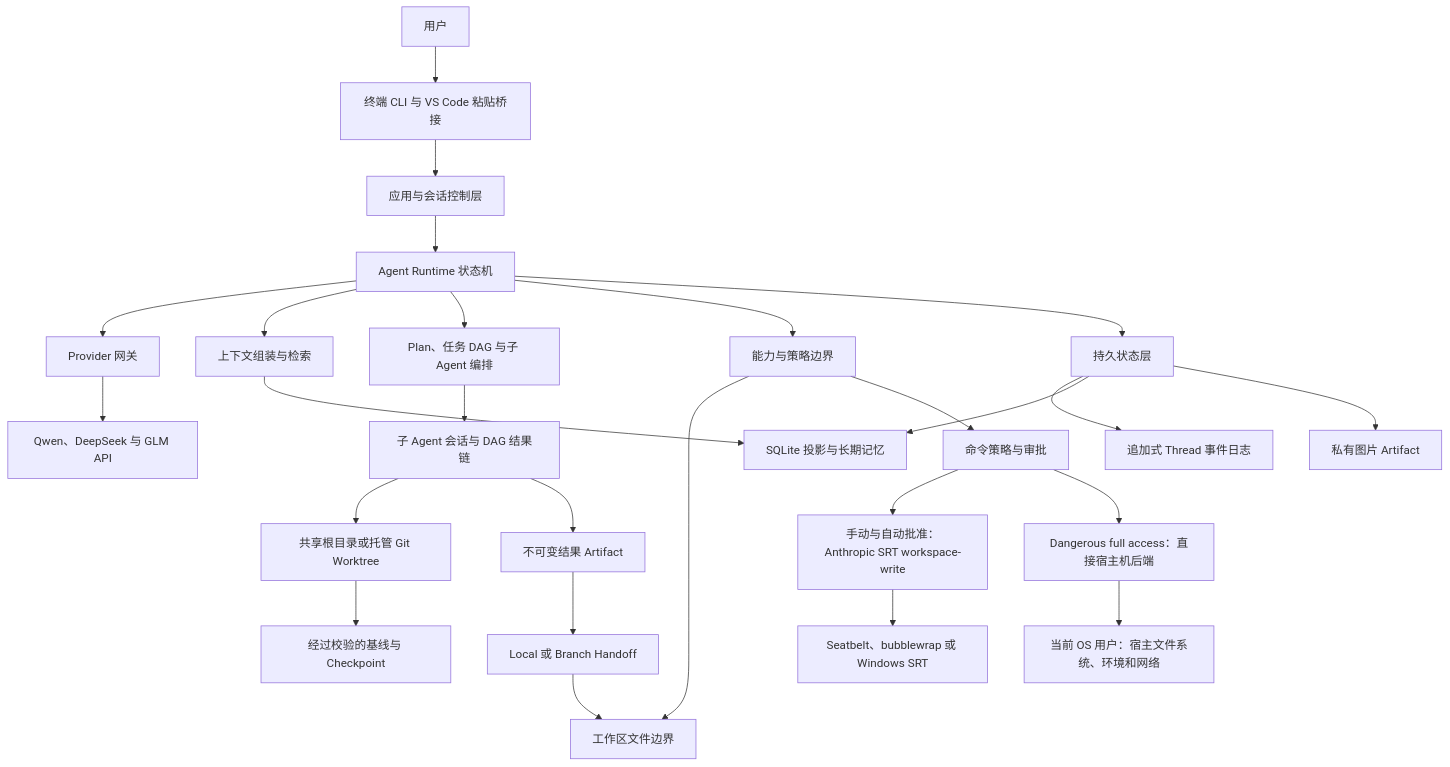
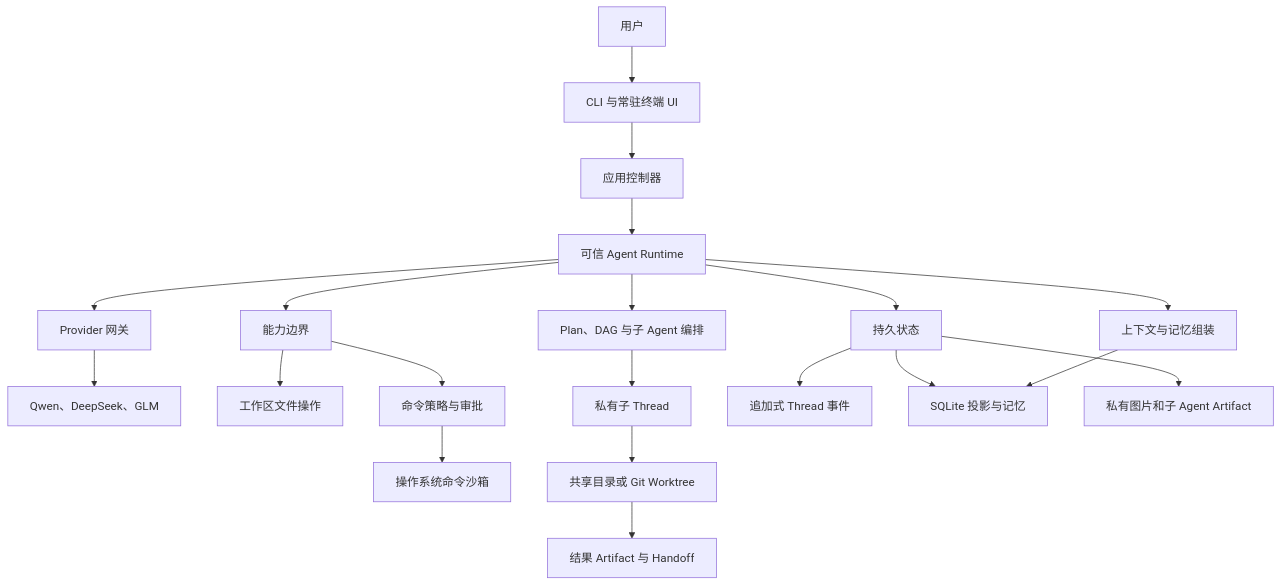
One commit to dd1000001000/EASY_CODE changed the diagram in docs/TECHNICAL_DESIGN_ZH.md. Above: the diagram before and after it, drawn with Mermaid. The commit also changed other lines of this file and 164 other files, not shown here.

````diff
--- a/docs/TECHNICAL_DESIGN_ZH.md
+++ b/docs/TECHNICAL_DESIGN_ZH.md
@@ -28,31 +49,25 @@
 ```mermaid
 flowchart TB
-    User[用户] --> UI[终端 CLI 与 VS Code 粘贴桥接]
-    UI --> App[应用与会话控制层]
-    App --> Runtime[Agent Runtime 状态机]
+    User[用户] --> UI[CLI 与常驻终端 UI]
+    UI --> App[应用控制器]
+    App --> Runtime[可信 Agent Runtime]
 
+    Runtime --> Context[上下文与记忆组装]
     Runtime --> Provider[Provider 网关]
-    Runtime --> Context[上下文组装与检索]
-    Runtime --> Orchestration[Plan、任务 DAG 与子 Agent 编排]
-    Runtime --> Capabilities[能力与策略边界]
+    Runtime --> Tools[能力边界]
+    Runtime --> Orchestration[Plan、DAG 与子 Agent 编排]
+    Runtime --> State[持久状态]
 
-    Provider --> APIs[Qwen、DeepSeek 与 GLM API]
-    Capabilities --> Workspace[工作区文件边界]
-    Capabilities --> Commands[命令策略与审批]
-    Commands --> Sandbox[手动与自动批准：Anthropic SRT workspace-write]
-    Sandbox --> OS[Seatbelt、bubblewrap 或 Windows SRT]
-    Commands --> Host[Dangerous full access：直接宿主机后端]
-    Host --> HostOS[当前 OS 用户：宿主文件系统、环境和网络]
-    Orchestration --> Children[子 Agent 会话与 DAG 结果链]
-    Children --> Environments[共享根目录或托管 Git Worktree]
-    Environments --> Snapshots[经过校验的基线与 Checkpoint]
-    Children --> Results[不可变结果 Artifact]
-    Results --> Handoff[Local 或 Branch Handoff]
-    Handoff --> Workspace
+    Provider --> APIs[Qwen、DeepSeek、GLM]
+    Tools --> Files[工作区文件操作]
+    Tools --> Commands[命令策略与审批]
+    Commands --> Sandbox[操作系统命令沙箱]
+    Orchestration --> Children[私有子 Thread]
+    Children --> Environments[共享目录或 Git Worktree]
+    Environments --> Artifacts[结果 Artifact 与 Handoff]
 
-    Runtime --> State[持久状态层]
-    State --> Journal[追加式 Thread 事件日志]
-    State --> Database[SQLite 投影与长期记忆]
-    State --> Artifacts[私有图片 Artifact]
+    State --> Journal[追加式 Thread 事件]
+    State --> Database[SQLite 投影与记忆]
+    State --> Binary[私有图片和子 Agent Artifact]
     Context --> Database
 ```
````
